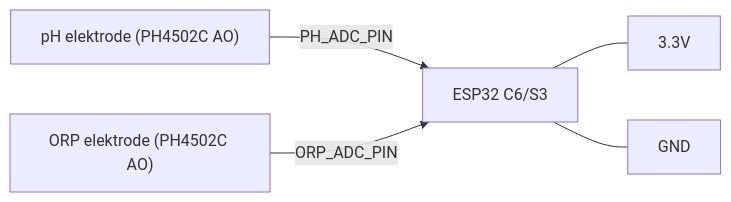
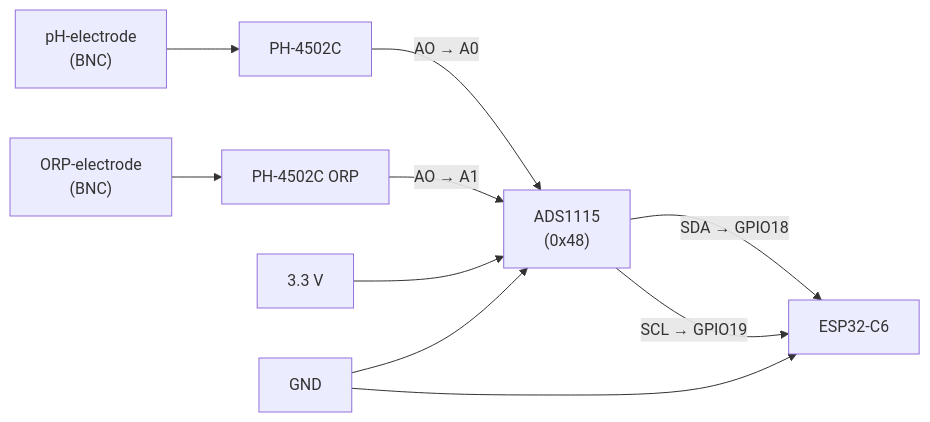
One commit to rvbcrs/PoolLab changed the second of 3 diagrams in README.md. Above: the diagram before and after it, drawn with Mermaid. The commit also changed other lines of this file and 13 other files, not shown here.

Commit message:
feat: Replace Tuya sniffer with direct analog pH/ORP/Temp sensing, update platform to ESP32-S3, and clean up old files.

````diff
--- a/README.md
+++ b/README.md
@@ -375,7 +90,12 @@
 ```mermaid
 flowchart LR
-  PH["pH elektrode (PH4502C AO)"] -->|PH_ADC_PIN| MCU[ESP32 C6/S3]
-  ORP["ORP elektrode (PH4502C AO)"] -->|ORP_ADC_PIN| MCU
-  MCU --- V33["3.3V"]
-  MCU --- GND1["GND"]
+  PH_PROBE["pH‑electrode\n(BNC)"] --> PH_BOARD["PH‑4502C"]
+  ORP_PROBE["ORP‑electrode\n(BNC)"] --> ORP_BOARD["PH‑4502C ORP"]
+  PH_BOARD  --"AO → A0"--> ADS["ADS1115\n(0x48)"]
+  ORP_BOARD --"AO → A1"--> ADS
+  ADS --"SDA → GPIO18"--> MCU["ESP32‑C6"]
+  ADS --"SCL → GPIO19"--> MCU
+  V33["3.3 V"] --> ADS
+  GND["GND"]   --> ADS
+  GND          --> MCU
 ```
````
